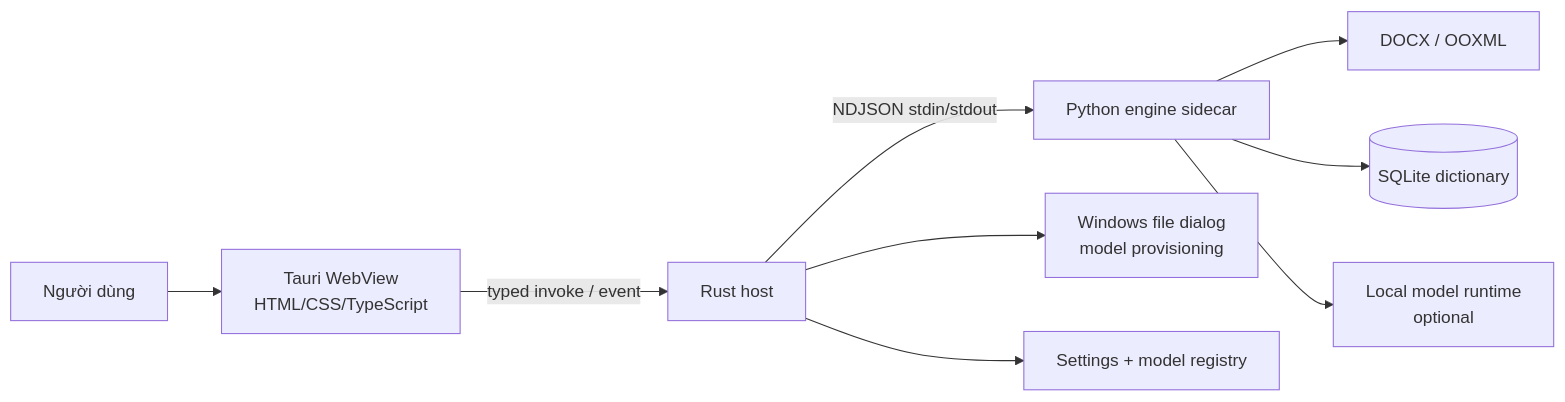
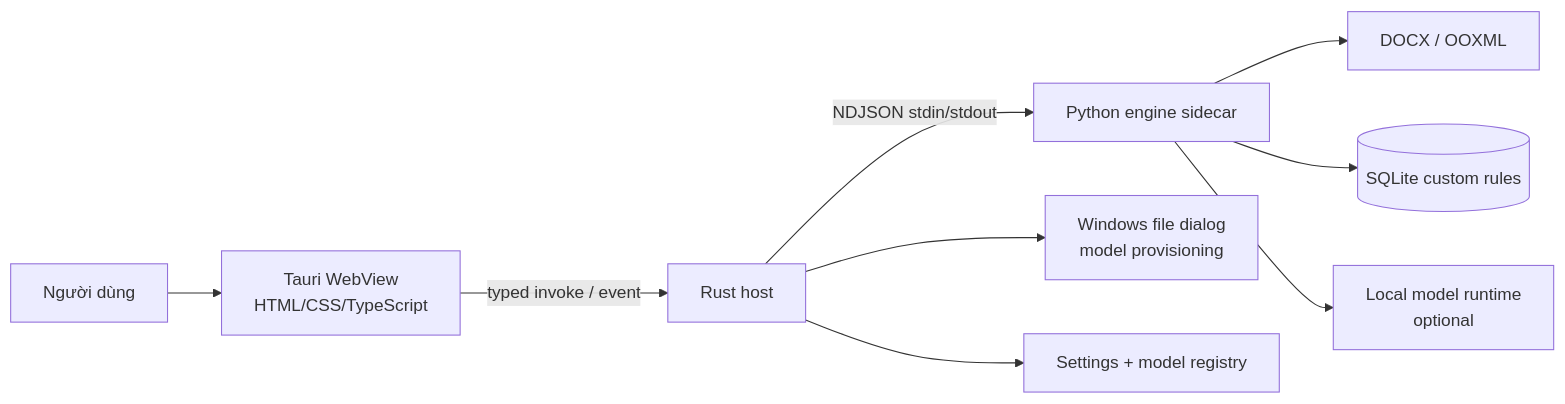
One commit to TuNa-eTech/local-spellcheck-ai changed the first of 2 diagrams in docs/technical-design.md. Above: the diagram before and after it, drawn with Mermaid. The commit also changed other lines of this file and 152 other files, not shown here.

Commit message:
feat: implement full spellcheck engine with custom rules, model review, desktop app updates, and Hallmark skill

````diff
--- a/docs/technical-design.md
+++ b/docs/technical-design.md
@@ -103,11 +101,11 @@
 ```mermaid
 flowchart LR
     U[Người dùng] --> UI[Tauri WebView\nHTML/CSS/TypeScript]
     UI -->|typed invoke / event| R[Rust host]
     R -->|NDJSON stdin/stdout| P[Python engine sidecar]
     R --> D[Windows file dialog\nmodel provisioning]
     P --> X[DOCX / OOXML]
-    P --> S[(SQLite dictionary)]
+    P --> S[(SQLite custom rules)]
     P --> M[Local model runtime\noptional]
     R --> C[Settings + model registry]
 ```
````
